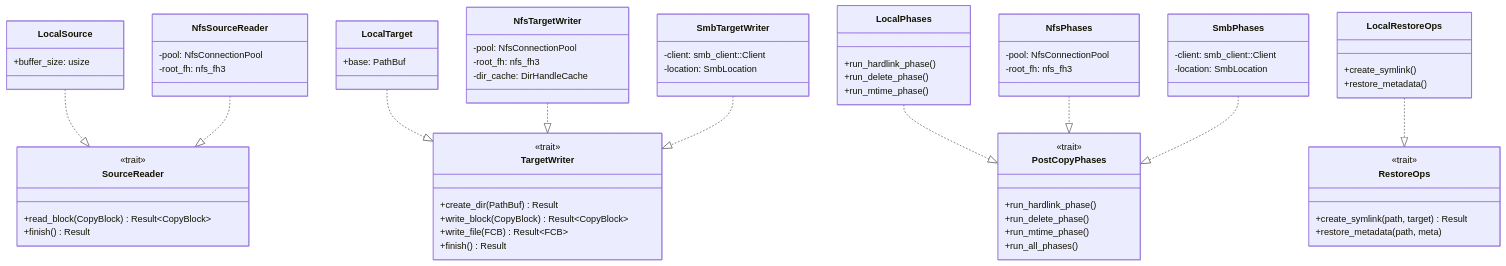
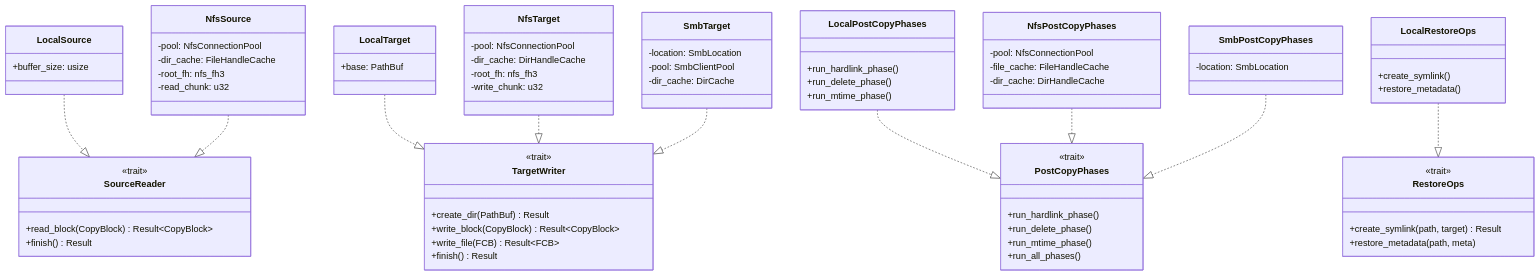
Before and after one commit to XUranus/fpt-rs: the third of 5 diagrams in wiki/docs/architecture/transport-layer.md, drawn with Mermaid. The commit also changed other lines of this file and 60 other files, not shown here.

First line of the commit message:
Enhance wiki: code snippets, mermaid diagrams, i18n zh-CN support

````diff
--- a/wiki/docs/architecture/transport-layer.md
+++ b/wiki/docs/architecture/transport-layer.md
@@ -263,7 +516,7 @@
     class LocalTarget {
         +base: PathBuf
     }
-    class LocalPhases {
+    class LocalPostCopyPhases {
         +run_hardlink_phase()
         +run_delete_phase()
         +run_mtime_phase()
@@ -273,36 +526,40 @@
         +restore_metadata()
     }
 
-    class NfsSourceReader {
+    class NfsSource {
         -pool: NfsConnectionPool
+        -dir_cache: FileHandleCache
         -root_fh: nfs_fh3
+        -read_chunk: u32
     }
-    class NfsTargetWriter {
+    class NfsTarget {
         -pool: NfsConnectionPool
+        -dir_cache: DirHandleCache
         -root_fh: nfs_fh3
+        -write_chunk: u32
+    }
+    class NfsPostCopyPhases {
+        -pool: NfsConnectionPool
+        -file_cache: FileHandleCache
         -dir_cache: DirHandleCache
     }
-    class NfsPhases {
-        -pool: NfsConnectionPool
-        -root_fh: nfs_fh3
+
+    class SmbTarget {
+        -location: SmbLocation
+        -pool: SmbClientPool
+        -dir_cache: DirCache
     }
-
-    class SmbTargetWriter {
-        -client: smb_client::Client
-        -location: SmbLocation
-    }
-    class SmbPhases {
-        -client: smb_client::Client
+    class SmbPostCopyPhases {
         -location: SmbLocation
     }
 
     LocalSource ..|> SourceReader
-    NfsSourceReader ..|> SourceReader
+    NfsSource ..|> SourceReader
     LocalTarget ..|> TargetWriter
-    NfsTargetWriter ..|> TargetWriter
-    SmbTargetWriter ..|> TargetWriter
-    LocalPhases ..|> PostCopyPhases
-    NfsPhases ..|> PostCopyPhases
-    SmbPhases ..|> PostCopyPhases
+    NfsTarget ..|> TargetWriter
+    SmbTarget ..|> TargetWriter
+    LocalPostCopyPhases ..|> PostCopyPhases
+    NfsPostCopyPhases ..|> PostCopyPhases
+    SmbPostCopyPhases ..|> PostCopyPhases
     LocalRestoreOps ..|> RestoreOps
 ```
````
